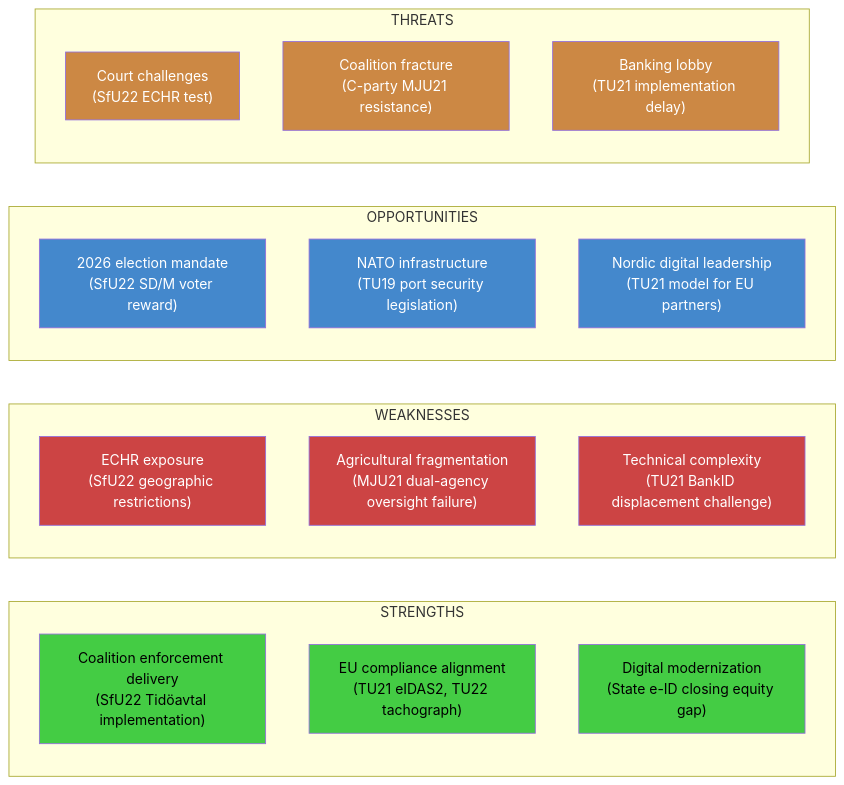
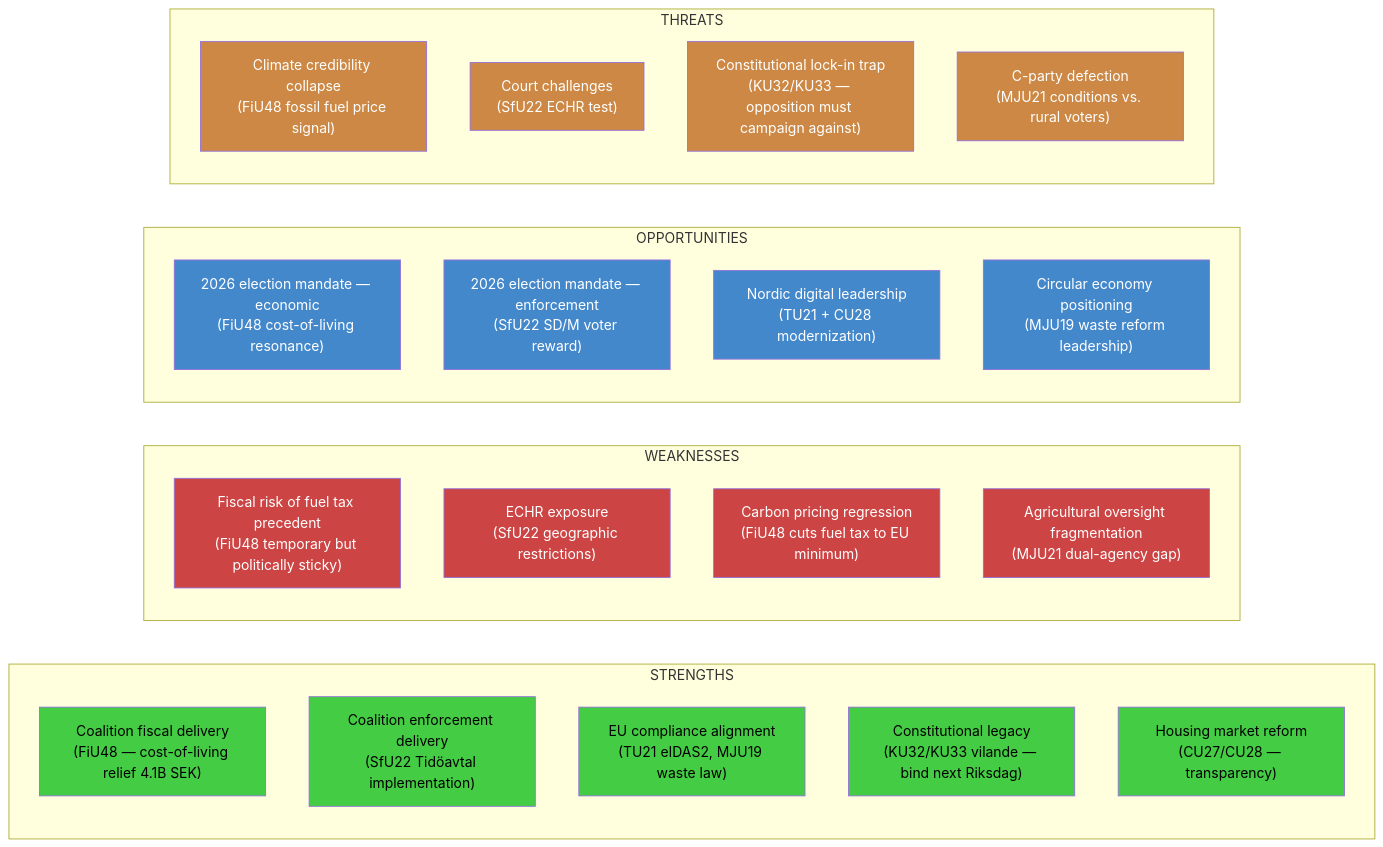
Before and after one commit to Hack23/riksdagsmonitor: the diagram in analysis/daily/2026-04-21/committeeReports/swot-analysis.md, drawn with Mermaid. The commit also changed other lines of this file and 4 other files, not shown here.

````diff
--- a/analysis/daily/2026-04-21/committeeReports/swot-analysis.md
+++ b/analysis/daily/2026-04-21/committeeReports/swot-analysis.md
@@ -7,35 +8,45 @@
 ```mermaid
 graph LR
     subgraph "STRENGTHS"
-    S1["Coalition enforcement delivery\n(SfU22 Tidöavtal implementation)"]
-    S2["EU compliance alignment\n(TU21 eIDAS2, TU22 tachograph)"]
-    S3["Digital modernization\n(State e-ID closing equity gap)"]
+    S1["Coalition fiscal delivery\n(FiU48 — cost-of-living relief 4.1B SEK)"]
+    S2["Coalition enforcement delivery\n(SfU22 Tidöavtal implementation)"]
+    S3["EU compliance alignment\n(TU21 eIDAS2, MJU19 waste law)"]
+    S4["Constitutional legacy\n(KU32/KU33 vilande — bind next Riksdag)"]
+    S5["Housing market reform\n(CU27/CU28 — transparency)"]
     end
     subgraph "WEAKNESSES"
-    W1["ECHR exposure\n(SfU22 geographic restrictions)"]
-    W2["Agricultural fragmentation\n(MJU21 dual-agency oversight failure)"]
-    W3["Technical complexity\n(TU21 BankID displacement challenge)"]
+    W1["Fiscal risk of fuel tax precedent\n(FiU48 temporary but politically sticky)"]
+    W2["ECHR exposure\n(SfU22 geographic restrictions)"]
+    W3["Carbon pricing regression\n(FiU48 cuts fuel tax to EU minimum)"]
+    W4["Agricultural oversight fragmentation\n(MJU21 dual-agency gap)"]
     end
     subgraph "OPPORTUNITIES"
-    O1["2026 election mandate\n(SfU22 SD/M voter reward)"]
-    O2["NATO infrastructure\n(TU19 port security legislation)"]
-    O3["Nordic digital leadership\n(TU21 model for EU partners)"]
+    O1["2026 election mandate — economic\n(FiU48 cost-of-living resonance)"]
+    O2["2026 election mandate — enforcement\n(SfU22 SD/M voter reward)"]
+    O3["Nordic digital leadership\n(TU21 + CU28 modernization)"]
+    O4["Circular economy positioning\n(MJU19 waste reform leadership)"]
     end
     subgraph "THREATS"
-    T1["Court challenges\n(SfU22 ECHR test)"]
-    T2["Coalition fracture\n(C-party MJU21 resistance)"]
-    T3["Banking lobby\n(TU21 implementation delay)"]
+    T1["Climate credibility collapse\n(FiU48 fossil fuel price signal)"]
+    T2["Court challenges\n(SfU22 ECHR test)"]
+    T3["Constitutional lock-in trap\n(KU32/KU33 — opposition must campaign against)"]
+    T4["C-party defection\n(MJU21 conditions vs. rural voters)"]
     end
     style S1 fill:#44cc44,color:#000
     style S2 fill:#44cc44,color:#000
     style S3 fill:#44cc44,color:#000
+    style S4 fill:#44cc44,color:#000
+    style S5 fill:#44cc44,color:#000
     style W1 fill:#cc4444,color:#fff
     style W2 fill:#cc4444,color:#fff
     style W3 fill:#cc4444,color:#fff
+    style W4 fill:#cc4444,color:#fff
     style O1 fill:#4488cc,color:#fff
     style O2 fill:#4488cc,color:#fff
     style O3 fill:#4488cc,color:#fff
+    style O4 fill:#4488cc,color:#fff
     style T1 fill:#cc8844,color:#fff
     style T2 fill:#cc8844,color:#fff
     style T3 fill:#cc8844,color:#fff
+    style T4 fill:#cc8844,color:#fff
 ```
````
